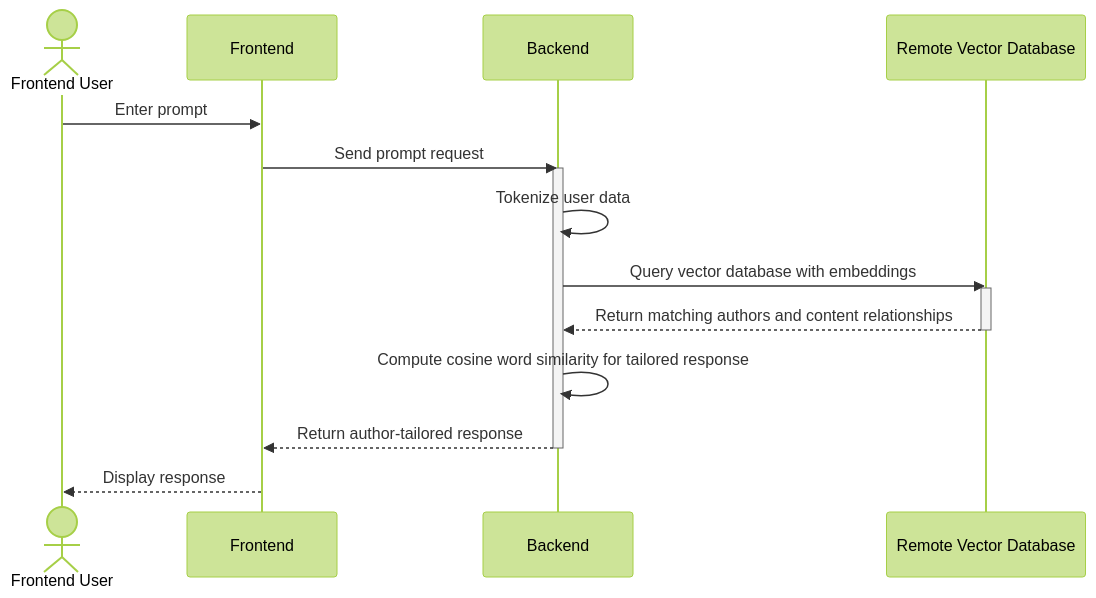
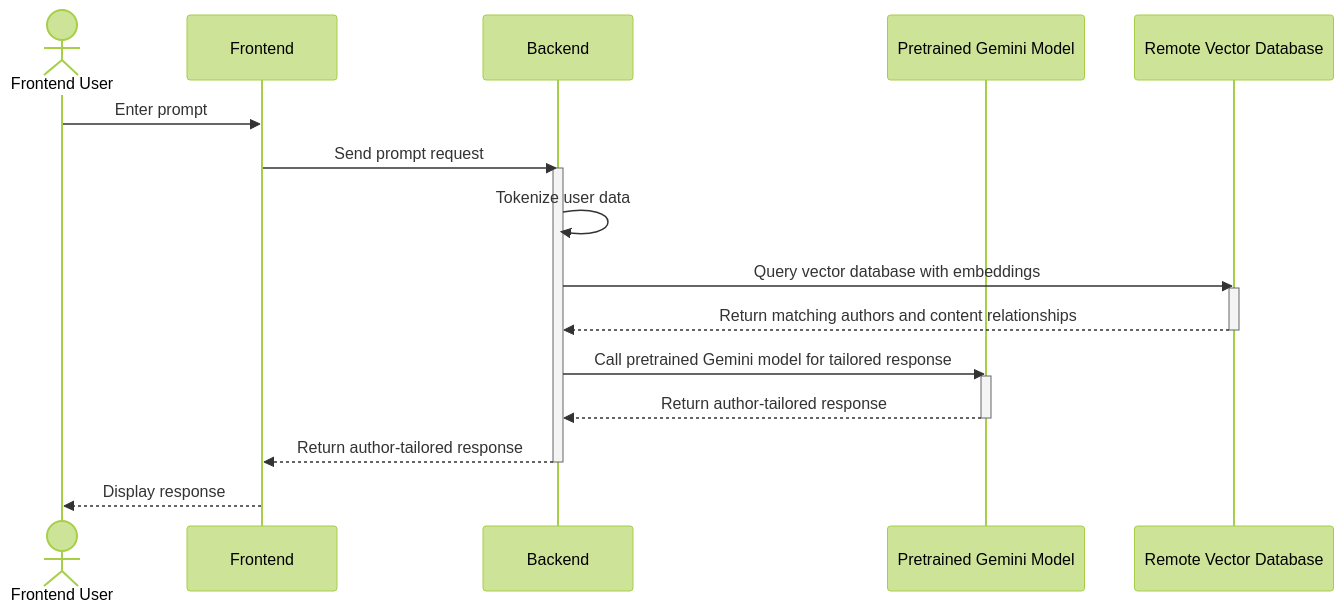
One commit to NicLam1/dbtt changed the first of 2 diagrams in README.md. Above: the diagram before and after it, drawn with Mermaid (forest theme). The commit also changed other lines of this file, not shown here.

````diff
--- a/README.md
+++ b/README.md
@@ -30,20 +23,24 @@
 ```mermaid
 sequenceDiagram
   actor User as Frontend User
   participant Frontend
   participant Backend
+  participant GeminiModel as Pretrained Gemini Model
   participant VectorDB as Remote Vector Database
   
   User->>Frontend: Enter prompt
   Frontend->>Backend: Send prompt request
   activate Backend
   Backend->>Backend: Tokenize user data
   Backend->>VectorDB: Query vector database with embeddings
   activate VectorDB
   VectorDB-->>Backend: Return matching authors and content relationships
   deactivate VectorDB
-  Backend->>Backend: Compute cosine word similarity for tailored response
+  Backend->>GeminiModel: Call pretrained Gemini model for tailored response
+  activate GeminiModel
+  GeminiModel-->>Backend: Return author-tailored response
+  deactivate GeminiModel
   Backend-->>Frontend: Return author-tailored response
   deactivate Backend
   Frontend-->>User: Display response
 ```
````
